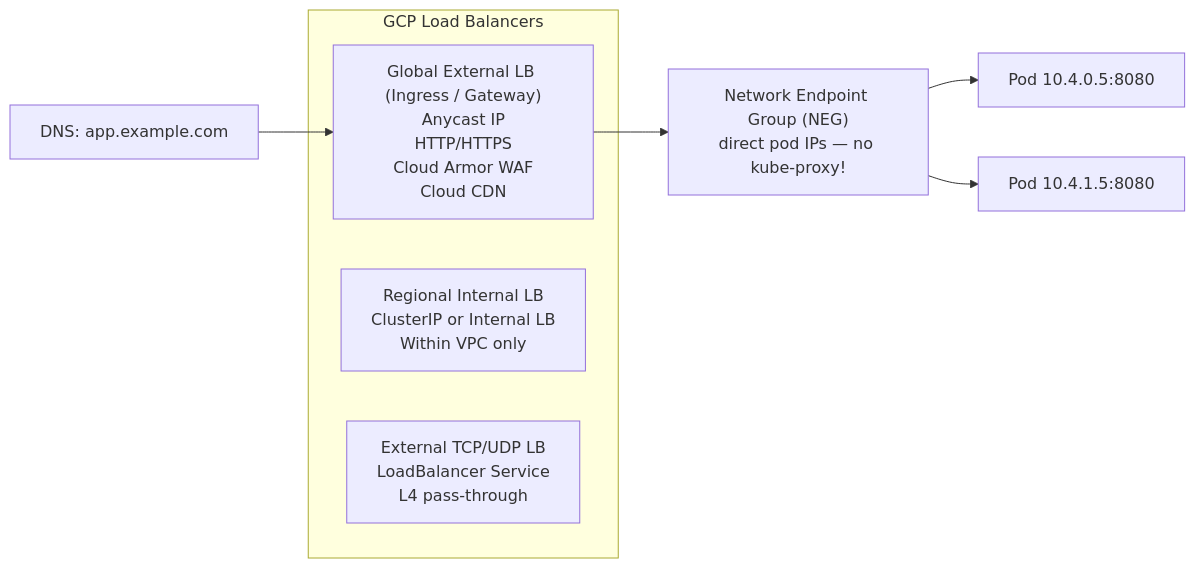
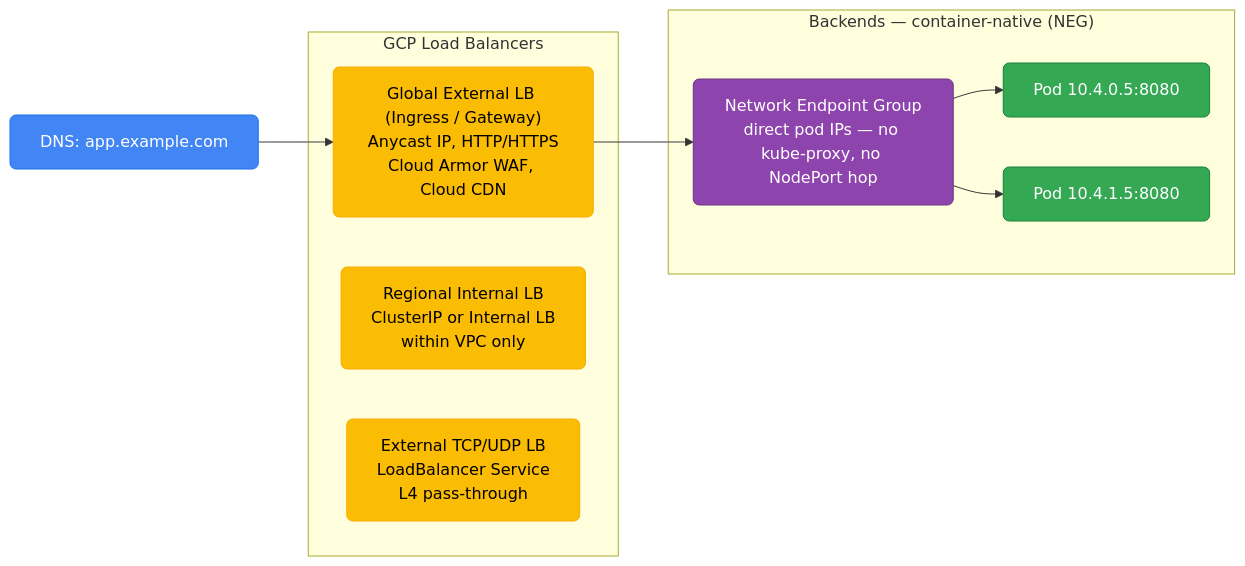
Before and after one commit to deepanshu-rawat6/DevOpsIndex: the sixth of 7 diagrams in gcp/gke.md, drawn with Mermaid. The commit also changed other lines of this file and 14 other files, not shown here.

````diff
--- a/gcp/gke.md
+++ b/gcp/gke.md
@@ -183,14 +312,25 @@
 ```mermaid
 graph LR
-    DNS2["DNS: app.example.com"] --> GLB
+    classDef entry fill:#4285F4,stroke:#1a73e8,color:#fff,rx:6
+    classDef lb fill:#FBBC04,stroke:#f9ab00,color:#000,rx:6
+    classDef neg fill:#8e44ad,stroke:#6c3483,color:#fff,rx:6
+    classDef pod fill:#34A853,stroke:#188038,color:#fff,rx:6
+
+    DNS2["DNS: app.example.com"]:::entry --> GLB
 
     subgraph GCP["GCP Load Balancers"]
-        GLB["Global External LB (Ingress / Gateway)<br>Anycast IP<br>HTTP/HTTPS<br>Cloud Armor WAF<br>Cloud CDN"]
-        RLNLB["Regional Internal LB<br>ClusterIP or Internal LB<br>Within VPC only"]
-        PASSTHROUGH["External TCP/UDP LB<br>LoadBalancer Service<br>L4 pass-through"]
+        GLB["Global External LB (Ingress / Gateway)<br/>Anycast IP, HTTP/HTTPS<br/>Cloud Armor WAF, Cloud CDN"]:::lb
+        RLNLB["Regional Internal LB<br/>ClusterIP or Internal LB<br/>within VPC only"]:::lb
+        PASSTHROUGH["External TCP/UDP LB<br/>LoadBalancer Service<br/>L4 pass-through"]:::lb
     end
 
-    GLB --> NEG["Network Endpoint Group (NEG)<br>direct pod IPs — no kube-proxy!"]
-    NEG --> POD4["Pod 10.4.0.5:8080"]
-    NEG --> POD5["Pod 10.4.1.5:8080"]
+    subgraph BACKENDS["Backends — container-native (NEG)"]
+        NEG["Network Endpoint Group<br/>direct pod IPs — no kube-proxy, no NodePort hop"]:::neg
+        POD4["Pod 10.4.0.5:8080"]:::pod
+        POD5["Pod 10.4.1.5:8080"]:::pod
+        NEG --> POD4
+        NEG --> POD5
+    end
+
+    GLB --> NEG
 ```
````
